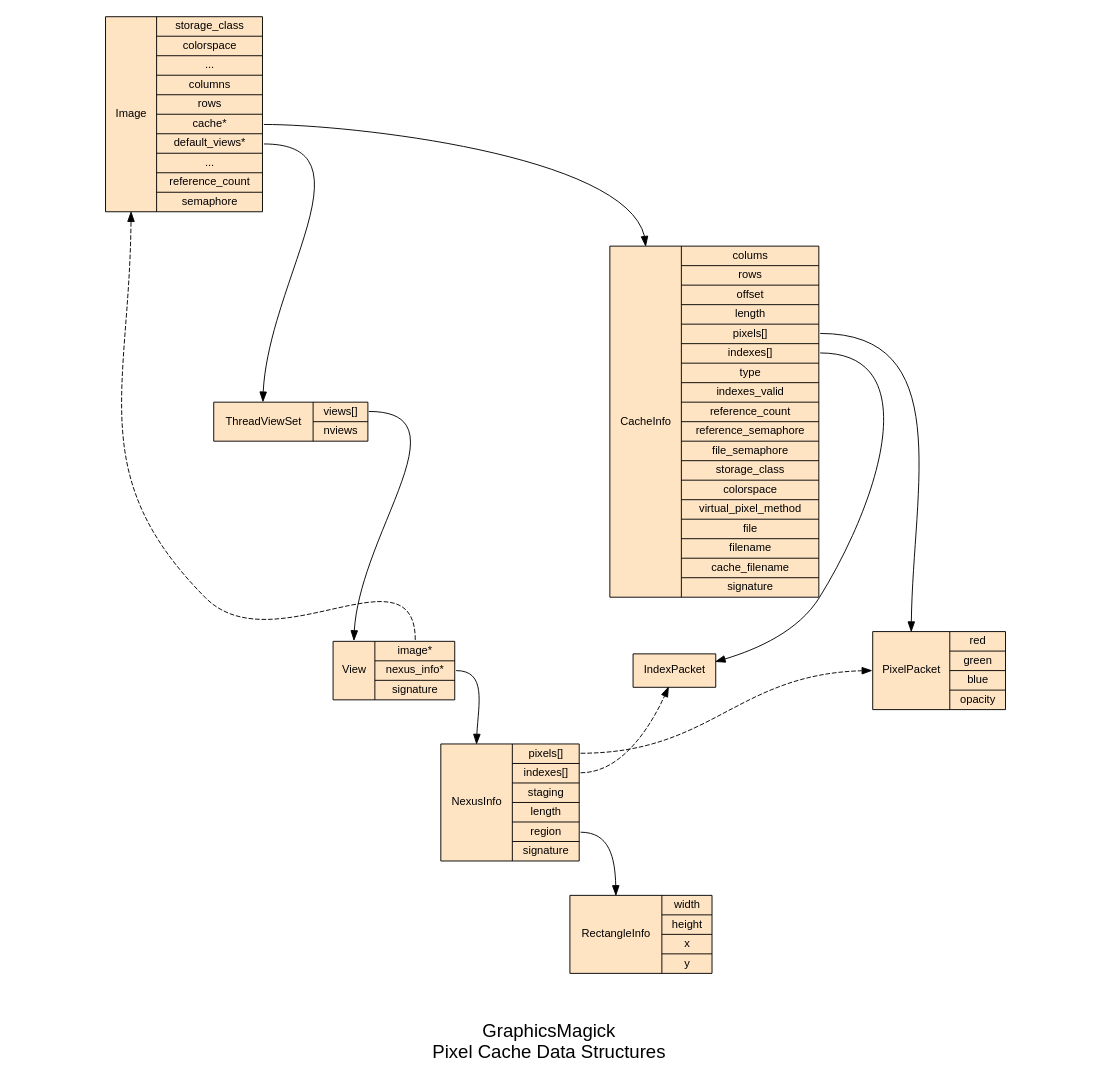
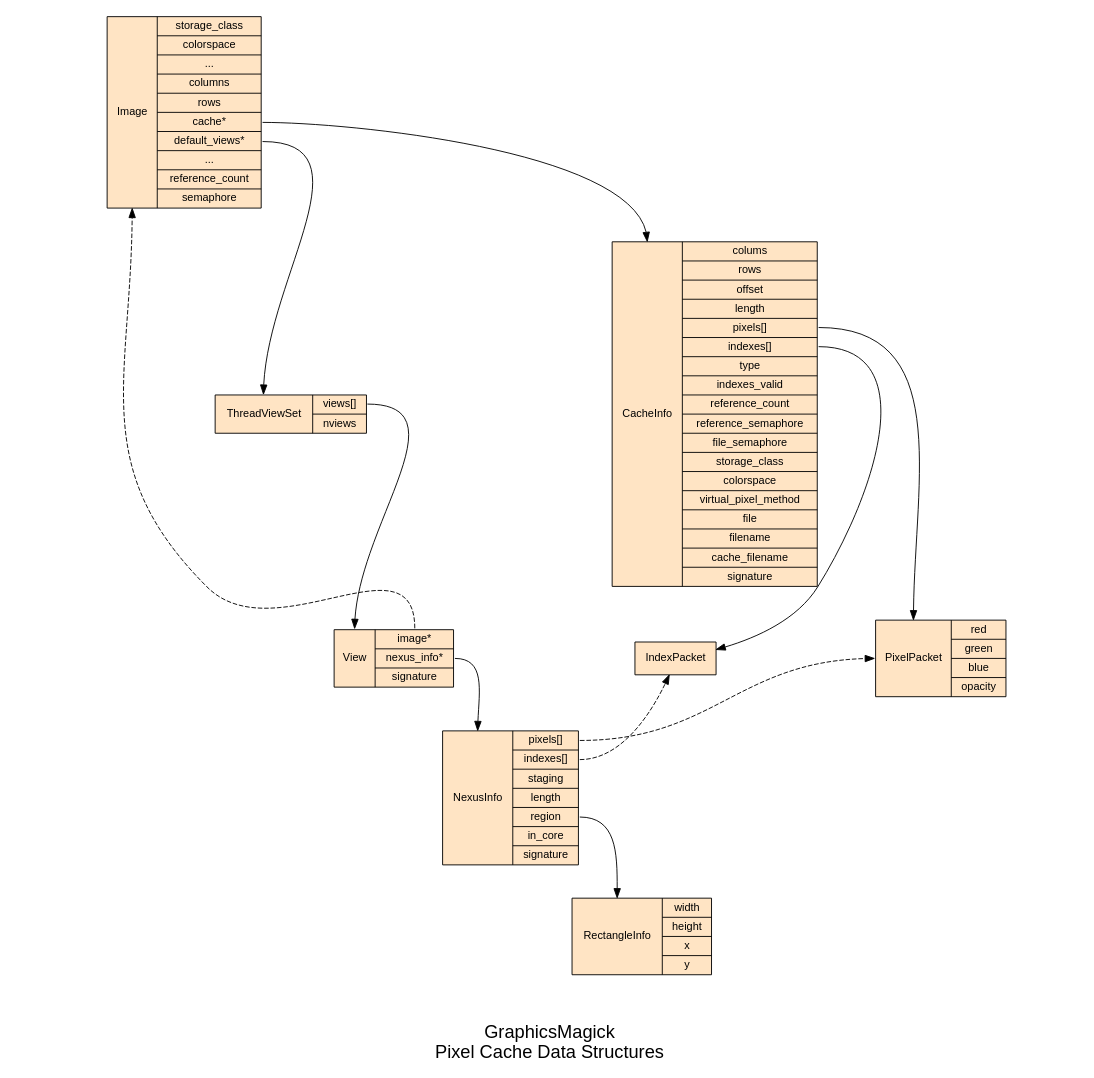
Before and after one commit to xorgy/graphicsmagick: the diagram in design/pixel-cache-struct.dot, drawn with Graphviz. The commit also changed 6 other files, not shown here.

Commit message:
Lessen use of IsNexusInCore().  Eliminate GetNexusIndexes() and GetNexusPixels().

```diff
--- a/design/pixel-cache-struct.dot
+++ b/design/pixel-cache-struct.dot
@@ -1,112 +1,112 @@
 /*
   Copyright (C) 2009 GraphicsMagick Group
 
   This program is covered by multiple licenses, which are described in
   Copyright.txt. You should have received a copy of Copyright.txt with
   this package; otherwise see
   http://www.graphicsmagick.org/www/Copyright.html.
 
   Pixel Cache Data Structures
   Written by Bob Friesenhahn, January 2009.
 
   This file is in DOT format and may be viewed using GraphicsMagick if
   'dot' is installed.  For example:
 
     gm display -density 100  pixel-cache-struct.dot
 */
 
 digraph "pixel-cache-struct" {
 
   label = "\n\nGraphicsMagick\nPixel Cache Data Structures";
   fontname = "Helvetica";
   fontsize=20;
 
   /* bounding box of drawing in inches */
   size = "11,8.5";
 
   /* aspect ratio, or fill/compress/auto */
   ratio = 0.9;
   /* ratio = auto; */
 
   /* Rotation on page (only 0 or 90 works) */
   rotate = 0;
 
   /* minimum separation between nodes */
   /* nodesep = 1; */
 
   /* minimum separation between ranks */
   /* ranksep = .5; */
 
   /* Top to bottom drawing (alternative is LR) */
   rankdir = "TB";
 
   /* Default node attributes. */
   node [
     shape = record,
     fontname = "Helvetica",
     fontsize = 12,
     fontcolor = "black",
     fillcolor = "bisque",
     style=filled
     ];
 
   "Image" [
      shape=record,
      label="<Struct> \N|{storage_class|colorspace|...|columns|rows|<cache> cache*|<default_views> default_views*|...|reference_count|semaphore}"
      ];
 
   "ThreadViewSet" [
      shape=record, label="<Struct> \N|{<views> views[]|nviews}"
      ];
 
   "View" [
      shape=record,
      label="<Struct> \N|{<image> image*|<nexus_info> nexus_info*|signature}"
      ];
 
   "NexusInfo" [
      shape=record,
-     label="<Struct> \N|{<pixels> pixels[]|<indexes> indexes[]|staging|length|<region> region|signature}"
+     label="<Struct> \N|{<pixels> pixels[]|<indexes> indexes[]|staging|length|<region> region|in_core|signature}"
      ];
 
   "CacheInfo" [
      shape=record,
      label="<Struct> \N|{colums|rows|offset|length|<pixels> pixels[]|<indexes> indexes[]|type|indexes_valid|reference_count|reference_semaphore|file_semaphore|storage_class|colorspace|virtual_pixel_method|file|filename|cache_filename|signature}"
      ];
 
   "PixelPacket" [
      shape=record,
      label="<Struct> \N|{red|green|blue|opacity}"
      ];
 
   "IndexPacket" [
      shape=box,
      label="\N"
      ];
 
   "RectangleInfo" [
      shape=record,
      label="<Struct> \N|{width|height|x|y}"
      ];
 
   Image:cache -> CacheInfo:Struct;
 
   Image:default_views -> ThreadViewSet:Struct;
 
   ThreadViewSet:views -> View:Struct;
 
   View:image -> Image:Struct [ style = dashed ];
 
   View:nexus_info -> NexusInfo:Struct;
 
   NexusInfo:pixels -> PixelPacket:Struct [ style = dashed, constraint = false ];
 
   NexusInfo:indexes -> IndexPacket [ style = dashed, constraint = false ];
 
   NexusInfo:region -> RectangleInfo:Struct;
 
   CacheInfo:pixels -> PixelPacket:Struct;
 
   CacheInfo:indexes -> IndexPacket;
 
 }
```
